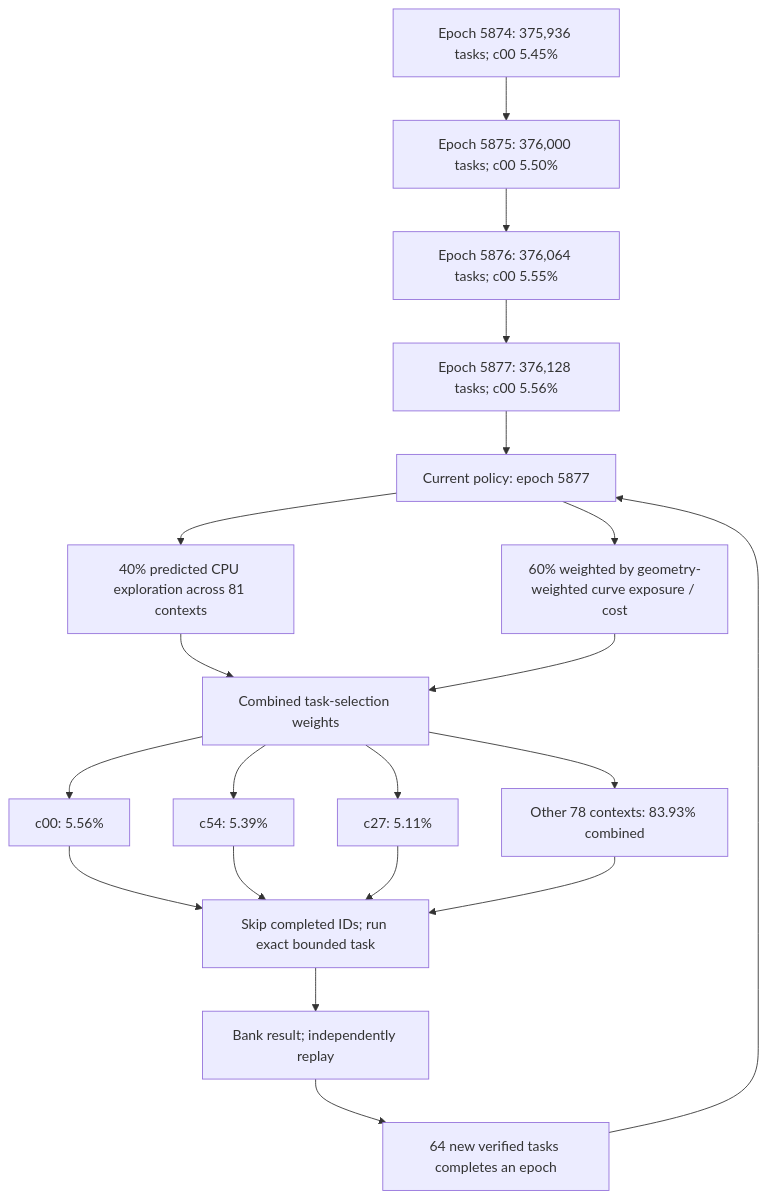
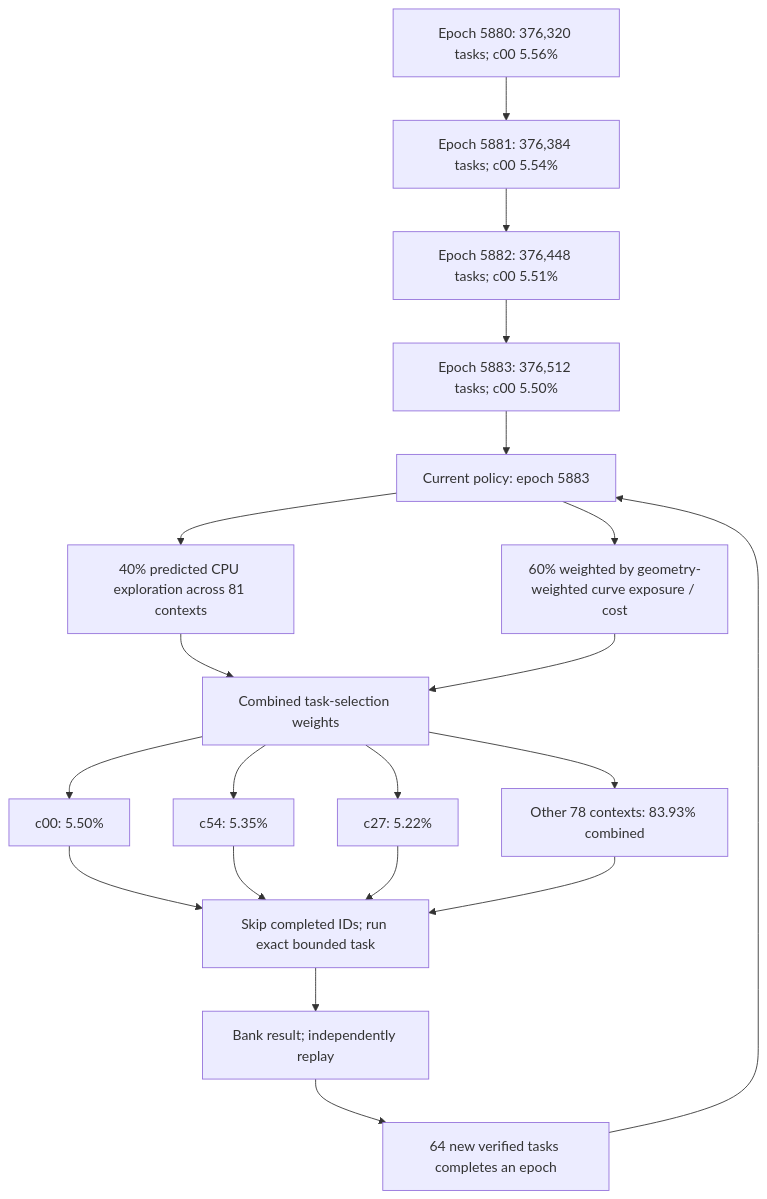
One commit to Kuberwastaken/math-gambling changed the first of 3 diagrams in README.md. Above: the diagram before and after it, drawn with Mermaid. The commit also changed other lines of this file and 1354 other files, not shown here.

````diff
--- a/README.md
+++ b/README.md
@@ -60,27 +60,27 @@
 ```mermaid
 flowchart TD
-    H0["Epoch 5874: 375,936 tasks; c00 5.45%"]
-    H1["Epoch 5875: 376,000 tasks; c00 5.50%"]
+    H0["Epoch 5880: 376,320 tasks; c00 5.56%"]
+    H1["Epoch 5881: 376,384 tasks; c00 5.54%"]
     H0 --> H1
-    H2["Epoch 5876: 376,064 tasks; c00 5.55%"]
+    H2["Epoch 5882: 376,448 tasks; c00 5.51%"]
     H1 --> H2
-    H3["Epoch 5877: 376,128 tasks; c00 5.56%"]
+    H3["Epoch 5883: 376,512 tasks; c00 5.50%"]
     H2 --> H3
-    Policy["Current policy: epoch 5877"]
+    Policy["Current policy: epoch 5883"]
     H3 --> Policy
     Policy --> Explore["40% predicted CPU exploration across 81 contexts"]
     Policy --> Cost["60% weighted by geometry-weighted curve exposure / cost"]
     Explore --> Mix["Combined task-selection weights"]
     Cost --> Mix
-    Mix --> C0["c00: 5.56%"]
-    Mix --> C1["c54: 5.39%"]
-    Mix --> C2["c27: 5.11%"]
+    Mix --> C0["c00: 5.50%"]
+    Mix --> C1["c54: 5.35%"]
+    Mix --> C2["c27: 5.22%"]
     Mix --> Rest["Other 78 contexts: 83.93% combined"]
     C0 --> Check["Skip completed IDs; run exact bounded task"]
     C1 --> Check
     C2 --> Check
     Rest --> Check
     Check --> Replay["Bank result; independently replay"]
     Replay --> Gate["64 new verified tasks completes an epoch"]
     Gate --> Policy
 ```
````
